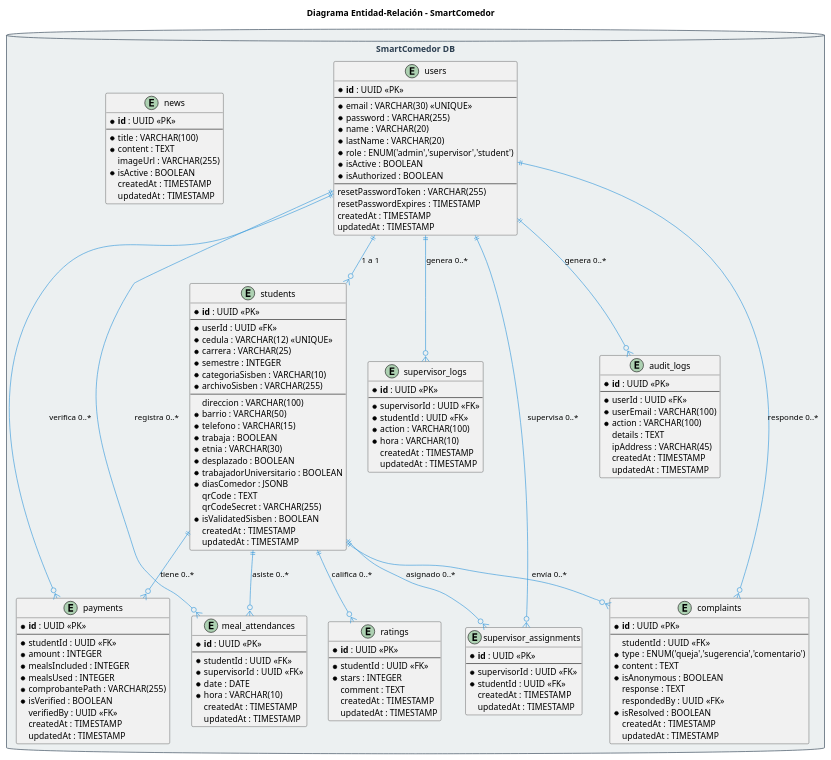
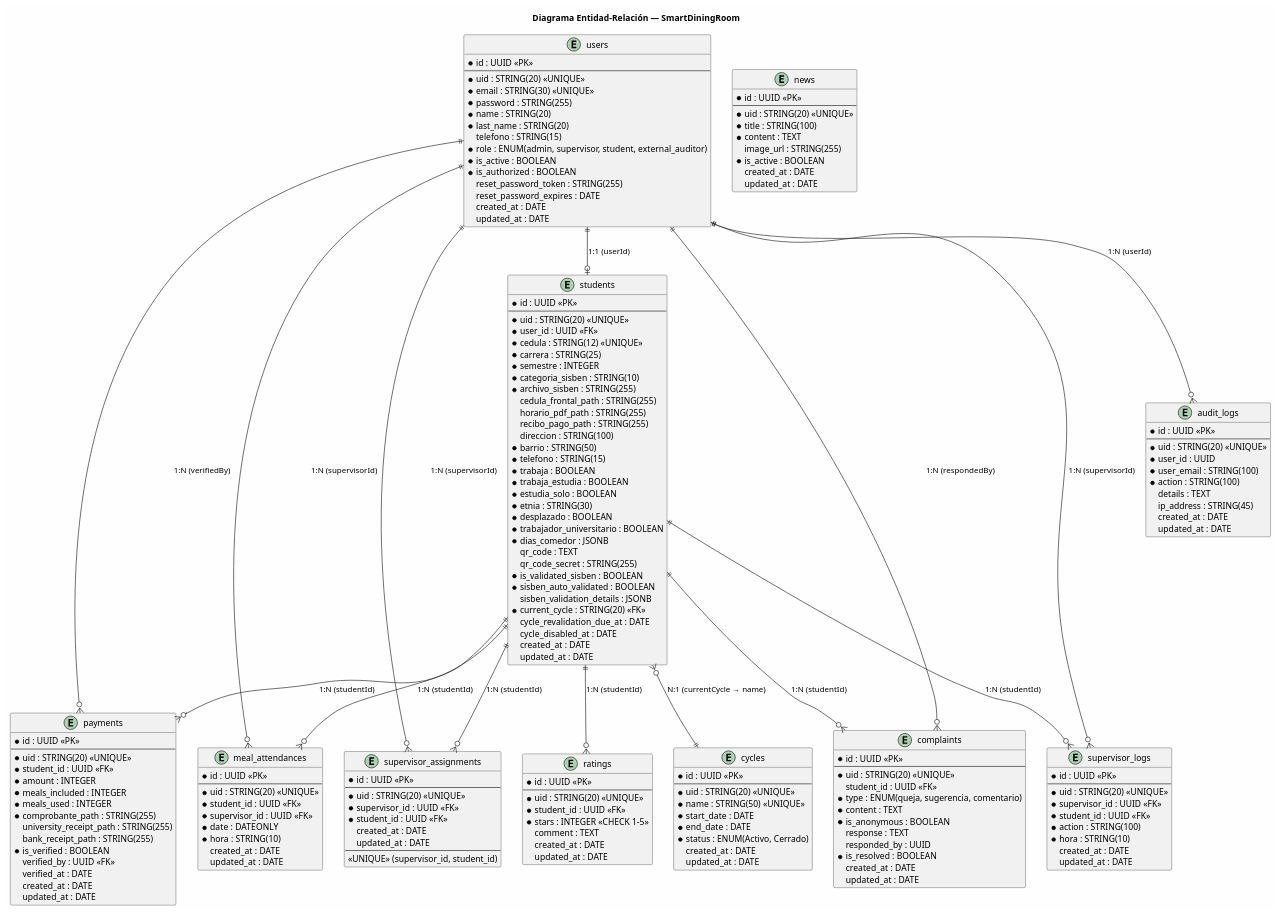
Before and after one commit to astivens/SmartDinningRoom: the diagram in diagrams/er-diagram.puml, drawn with PlantUML. The commit also changed 593 other files, not shown here.

```diff
--- a/diagrams/er-diagram.puml
+++ b/diagrams/er-diagram.puml
@@ -1,166 +1,197 @@
-@startuml
-title Diagrama Entidad-Relación - SmartComedor
+@startuml er-diagram
+skinparam monochrome false
+skinparam backgroundColor #FEFEFE
 
-skinparam {
-  DatabaseBorderColor #2C3E50
-  DatabaseBackgroundColor #ECF0F1
-  DatabaseFontColor #2C3E50
-  ArrowColor #3498DB
+title Diagrama Entidad-Relación — SmartDiningRoom
+
+entity "users" as users {
+  * id : UUID <<PK>>
+  --
+  * uid : STRING(20) <<UNIQUE>>
+  * email : STRING(30) <<UNIQUE>>
+  * password : STRING(255)
+  * name : STRING(20)
+  * last_name : STRING(20)
+  telefono : STRING(15)
+  * role : ENUM(admin, supervisor, student, external_auditor)
+  * is_active : BOOLEAN
+  * is_authorized : BOOLEAN
+  reset_password_token : STRING(255)
+  reset_password_expires : DATE
+  created_at : DATE
+  updated_at : DATE
 }
 
-database "SmartComedor DB" {
-
-  entity "users" {
-    * **id** : UUID <<PK>>
-    --
-    * email : VARCHAR(30) <<UNIQUE>>
-    * password : VARCHAR(255)
-    * name : VARCHAR(20)
-    * lastName : VARCHAR(20)
-    * role : ENUM('admin','supervisor','student')
-    * isActive : BOOLEAN
-    * isAuthorized : BOOLEAN
-    --
-    resetPasswordToken : VARCHAR(255)
-    resetPasswordExpires : TIMESTAMP
-    createdAt : TIMESTAMP
-    updatedAt : TIMESTAMP
-  }
-
-  entity "students" {
-    * **id** : UUID <<PK>>
-    --
-    * userId : UUID <<FK>>
-    * cedula : VARCHAR(12) <<UNIQUE>>
-    * carrera : VARCHAR(25)
-    * semestre : INTEGER
-    * categoriaSisben : VARCHAR(10)
-    * archivoSisben : VARCHAR(255)
-    --
-    direccion : VARCHAR(100)
-    * barrio : VARCHAR(50)
-    * telefono : VARCHAR(15)
-    * trabaja : BOOLEAN
-    * etnia : VARCHAR(30)
-    * desplazado : BOOLEAN
-    * trabajadorUniversitario : BOOLEAN
-    * diasComedor : JSONB
-    qrCode : TEXT
-    qrCodeSecret : VARCHAR(255)
-    * isValidatedSisben : BOOLEAN
-    createdAt : TIMESTAMP
-    updatedAt : TIMESTAMP
-  }
-
-  entity "payments" {
-    * **id** : UUID <<PK>>
-    --
-    * studentId : UUID <<FK>>
-    * amount : INTEGER
-    * mealsIncluded : INTEGER
-    * mealsUsed : INTEGER
-    * comprobantePath : VARCHAR(255)
-    * isVerified : BOOLEAN
-    verifiedBy : UUID <<FK>>
-    createdAt : TIMESTAMP
-    updatedAt : TIMESTAMP
-  }
-
-  entity "meal_attendances" {
-    * **id** : UUID <<PK>>
-    --
-    * studentId : UUID <<FK>>
-    * supervisorId : UUID <<FK>>
-    * date : DATE
-    * hora : VARCHAR(10)
-    createdAt : TIMESTAMP
-    updatedAt : TIMESTAMP
-  }
-
-  entity "supervisor_logs" {
-    * **id** : UUID <<PK>>
-    --
-    * supervisorId : UUID <<FK>>
-    * studentId : UUID <<FK>>
-    * action : VARCHAR(100)
-    * hora : VARCHAR(10)
-    createdAt : TIMESTAMP
-    updatedAt : TIMESTAMP
-  }
-
-  entity "ratings" {
-    * **id** : UUID <<PK>>
-    --
-    * studentId : UUID <<FK>>
-    * stars : INTEGER
-    comment : TEXT
-    createdAt : TIMESTAMP
-    updatedAt : TIMESTAMP
-  }
-
-  entity "complaints" {
-    * **id** : UUID <<PK>>
-    --
-    studentId : UUID <<FK>>
-    * type : ENUM('queja','sugerencia','comentario')
-    * content : TEXT
-    * isAnonymous : BOOLEAN
-    response : TEXT
-    respondedBy : UUID <<FK>>
-    * isResolved : BOOLEAN
-    createdAt : TIMESTAMP
-    updatedAt : TIMESTAMP
-  }
-
-  entity "news" {
-    * **id** : UUID <<PK>>
-    --
-    * title : VARCHAR(100)
-    * content : TEXT
-    imageUrl : VARCHAR(255)
-    * isActive : BOOLEAN
-    createdAt : TIMESTAMP
-    updatedAt : TIMESTAMP
-  }
-
-  entity "audit_logs" {
-    * **id** : UUID <<PK>>
-    --
-    * userId : UUID <<FK>>
-    * userEmail : VARCHAR(100)
-    * action : VARCHAR(100)
-    details : TEXT
-    ipAddress : VARCHAR(45)
-    createdAt : TIMESTAMP
-    updatedAt : TIMESTAMP
-  }
-
-  entity "supervisor_assignments" {
-    * **id** : UUID <<PK>>
-    --
-    * supervisorId : UUID <<FK>>
-    * studentId : UUID <<FK>>
-    createdAt : TIMESTAMP
-    updatedAt : TIMESTAMP
-  }
+entity "students" as students {
+  * id : UUID <<PK>>
+  --
+  * uid : STRING(20) <<UNIQUE>>
+  * user_id : UUID <<FK>>
+  * cedula : STRING(12) <<UNIQUE>>
+  * carrera : STRING(25)
+  * semestre : INTEGER
+  * categoria_sisben : STRING(10)
+  * archivo_sisben : STRING(255)
+  cedula_frontal_path : STRING(255)
+  horario_pdf_path : STRING(255)
+  recibo_pago_path : STRING(255)
+  direccion : STRING(100)
+  * barrio : STRING(50)
+  * telefono : STRING(15)
+  * trabaja : BOOLEAN
+  * trabaja_estudia : BOOLEAN
+  * estudia_solo : BOOLEAN
+  * etnia : STRING(30)
+  * desplazado : BOOLEAN
+  * trabajador_universitario : BOOLEAN
+  * dias_comedor : JSONB
+  qr_code : TEXT
+  qr_code_secret : STRING(255)
+  * is_validated_sisben : BOOLEAN
+  * sisben_auto_validated : BOOLEAN
+  sisben_validation_details : JSONB
+  * current_cycle : STRING(20) <<FK>>
+  cycle_revalidation_due_at : DATE
+  cycle_disabled_at : DATE
+  created_at : DATE
+  updated_at : DATE
 }
 
-' ========================================
-' Relaciones
-' ========================================
-users ||--o{ students : "1 a 1"
-users ||--o{ payments : "verifica 0..*"
-users ||--o{ meal_attendances : "registra 0..*"
-users ||--o{ supervisor_logs : "genera 0..*"
-users ||--o{ audit_logs : "genera 0..*"
-users ||--o{ complaints : "responde 0..*"
+entity "cycles" as cycles {
+  * id : UUID <<PK>>
+  --
+  * uid : STRING(20) <<UNIQUE>>
+  * name : STRING(50) <<UNIQUE>>
+  * start_date : DATE
+  * end_date : DATE
+  * status : ENUM(Activo, Cerrado)
+  created_at : DATE
+  updated_at : DATE
+}
 
-students ||--o{ payments : "tiene 0..*"
-students ||--o{ meal_attendances : "asiste 0..*"
-students ||--o{ ratings : "califica 0..*"
-students ||--o{ complaints : "envía 0..*"
+entity "payments" as payments {
+  * id : UUID <<PK>>
+  --
+  * uid : STRING(20) <<UNIQUE>>
+  * student_id : UUID <<FK>>
+  * amount : INTEGER
+  * meals_included : INTEGER
+  * meals_used : INTEGER
+  * comprobante_path : STRING(255)
+  university_receipt_path : STRING(255)
+  bank_receipt_path : STRING(255)
+  * is_verified : BOOLEAN
+  verified_by : UUID <<FK>>
+  verified_at : DATE
+  created_at : DATE
+  updated_at : DATE
+}
 
-students ||--o{ supervisor_assignments : "asignado 0..*"
-users ||--o{ supervisor_assignments : "supervisa 0..*"
+entity "meal_attendances" as meal_attendances {
+  * id : UUID <<PK>>
+  --
+  * uid : STRING(20) <<UNIQUE>>
+  * student_id : UUID <<FK>>
+  * supervisor_id : UUID <<FK>>
+  * date : DATEONLY
+  * hora : STRING(10)
+  created_at : DATE
+  updated_at : DATE
+}
+
+entity "supervisor_assignments" as supervisor_assignments {
+  * id : UUID <<PK>>
+  --
+  * uid : STRING(20) <<UNIQUE>>
+  * supervisor_id : UUID <<FK>>
+  * student_id : UUID <<FK>>
+  created_at : DATE
+  updated_at : DATE
+  --
+  <<UNIQUE>> (supervisor_id, student_id)
+}
+
+entity "supervisor_logs" as supervisor_logs {
+  * id : UUID <<PK>>
+  --
+  * uid : STRING(20) <<UNIQUE>>
+  * supervisor_id : UUID <<FK>>
+  * student_id : UUID <<FK>>
+  * action : STRING(100)
+  * hora : STRING(10)
+  created_at : DATE
+  updated_at : DATE
+}
+
+entity "ratings" as ratings {
+  * id : UUID <<PK>>
+  --
+  * uid : STRING(20) <<UNIQUE>>
+  * student_id : UUID <<FK>>
+  * stars : INTEGER <<CHECK 1-5>>
+  comment : TEXT
+  created_at : DATE
+  updated_at : DATE
+}
+
+entity "complaints" as complaints {
+  * id : UUID <<PK>>
+  --
+  * uid : STRING(20) <<UNIQUE>>
+  student_id : UUID <<FK>>
+  * type : ENUM(queja, sugerencia, comentario)
+  * content : TEXT
+  * is_anonymous : BOOLEAN
+  response : TEXT
+  responded_by : UUID
+  * is_resolved : BOOLEAN
+  created_at : DATE
+  updated_at : DATE
+}
+
+entity "news" as news {
+  * id : UUID <<PK>>
+  --
+  * uid : STRING(20) <<UNIQUE>>
+  * title : STRING(100)
+  * content : TEXT
+  image_url : STRING(255)
+  * is_active : BOOLEAN
+  created_at : DATE
+  updated_at : DATE
+}
+
+entity "audit_logs" as audit_logs {
+  * id : UUID <<PK>>
+  --
+  * uid : STRING(20) <<UNIQUE>>
+  * user_id : UUID
+  * user_email : STRING(100)
+  * action : STRING(100)
+  details : TEXT
+  ip_address : STRING(45)
+  created_at : DATE
+  updated_at : DATE
+}
+
+' ═══════════════════════════════
+' RELACIONES
+' ═══════════════════════════════
+
+users ||--o| students : "1:1 (userId)"
+students }o--|| cycles : "N:1 (currentCycle → name)"
+students ||--o{ payments : "1:N (studentId)"
+students ||--o{ meal_attendances : "1:N (studentId)"
+students ||--o{ ratings : "1:N (studentId)"
+students ||--o{ complaints : "1:N (studentId)"
+students ||--o{ supervisor_assignments : "1:N (studentId)"
+students ||--o{ supervisor_logs : "1:N (studentId)"
+
+users ||--o{ meal_attendances : "1:N (supervisorId)"
+users ||--o{ supervisor_assignments : "1:N (supervisorId)"
+users ||--o{ supervisor_logs : "1:N (supervisorId)"
+users ||--o{ payments : "1:N (verifiedBy)"
+users ||--o{ complaints : "1:N (respondedBy)"
+users ||--o{ audit_logs : "1:N (userId)"
 
 @enduml
```
